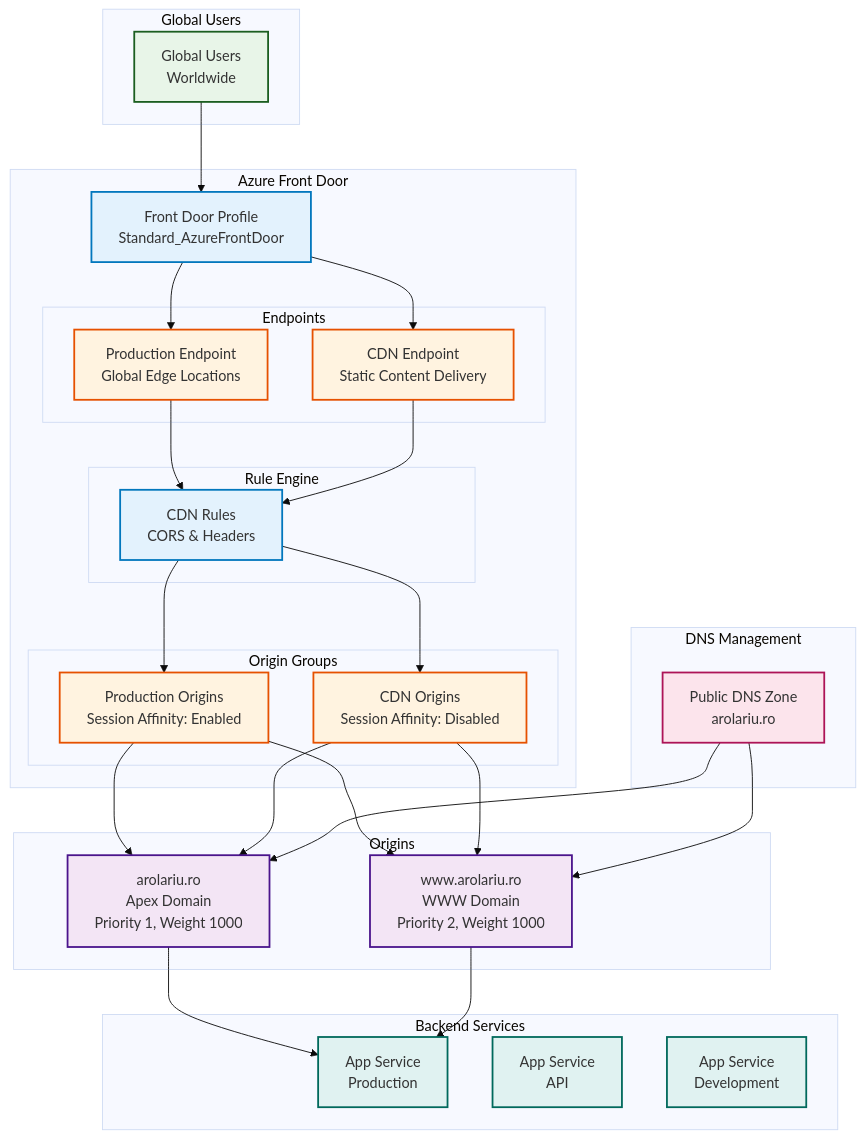
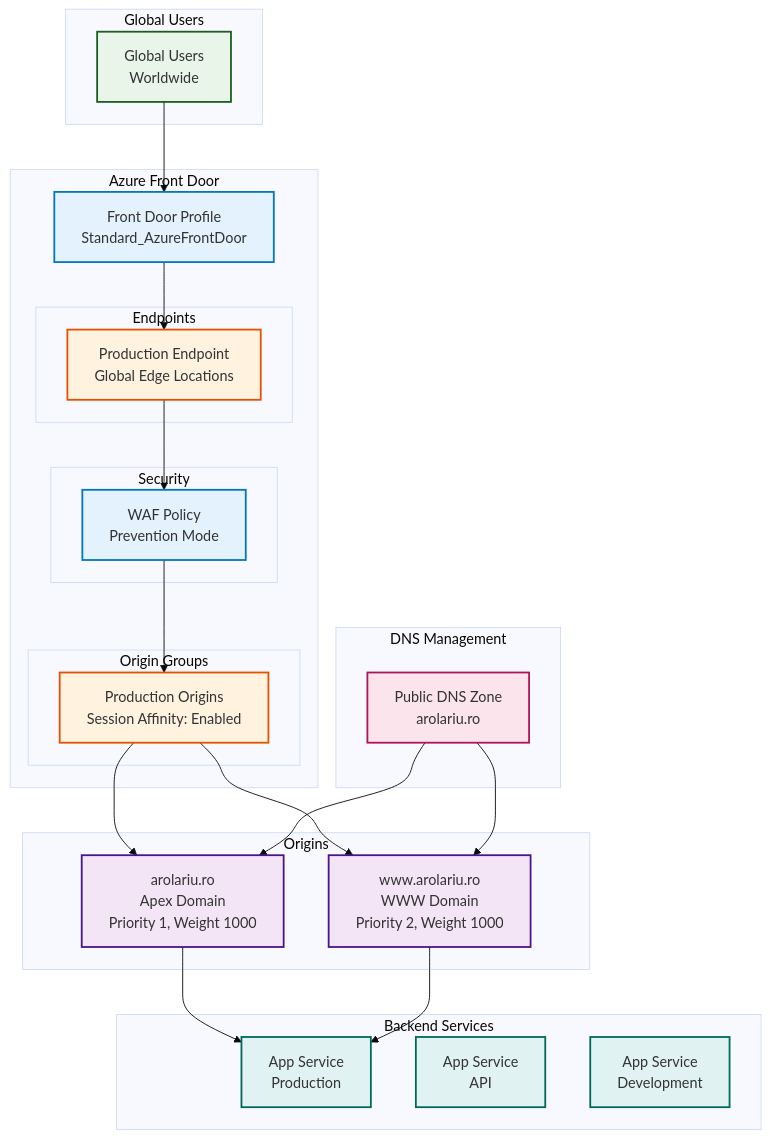
Before and after one commit to arolariu/arolariu.ro: the diagram in infra/Azure/Bicep/network/README.md, drawn with Mermaid (base theme). The commit also changed other lines of this file and 36 other files, not shown here.

First line of the commit message:
refactor: retire the arolariu.ro CDN endpoint, asset prefix, and references

````diff
--- a/infra/Azure/Bicep/network/README.md
+++ b/infra/Azure/Bicep/network/README.md
@@ -38,74 +36,67 @@
 ```mermaid
 graph TB
     subgraph "Global Users"
         USERS[Global Users<br/>Worldwide]
     end
 
     subgraph "Azure Front Door"
         AFD_PROFILE[Front Door Profile<br/>Standard_AzureFrontDoor]
 
         subgraph "Endpoints"
             EP_PROD[Production Endpoint<br/>Global Edge Locations]
-            EP_CDN[CDN Endpoint<br/>Static Content Delivery]
         end
 
-        subgraph "Rule Engine"
-            RULES[CDN Rules<br/>CORS & Headers]
+        subgraph "Security"
+            WAF[WAF Policy<br/>Prevention Mode]
         end
 
         subgraph "Origin Groups"
             OG_PROD[Production Origins<br/>Session Affinity: Enabled]
-            OG_CDN[CDN Origins<br/>Session Affinity: Disabled]
         end
     end
 
     subgraph "Origins"
         APEX[arolariu.ro<br/>Apex Domain<br/>Priority 1, Weight 1000]
         WWW[www.arolariu.ro<br/>WWW Domain<br/>Priority 2, Weight 1000]
     end
 
     subgraph "DNS Management"
         DNS_ZONE[Public DNS Zone<br/>arolariu.ro]
     end
 
     subgraph "Backend Services"
         APP_PROD[App Service<br/>Production]
         APP_API[App Service<br/>API]
         APP_DEV[App Service<br/>Development]
     end
 
     USERS --> AFD_PROFILE
     AFD_PROFILE --> EP_PROD
-    AFD_PROFILE --> EP_CDN
 
-    EP_PROD --> RULES
-    EP_CDN --> RULES
+    EP_PROD --> WAF
 
-    RULES --> OG_PROD
-    RULES --> OG_CDN
+    WAF --> OG_PROD
 
     OG_PROD --> APEX
     OG_PROD --> WWW
-    OG_CDN --> APEX
-    OG_CDN --> WWW
 
     APEX --> APP_PROD
     WWW --> APP_PROD
 
     DNS_ZONE --> APEX
     DNS_ZONE --> WWW
 
     classDef user fill:#e8f5e8,stroke:#1b5e20,stroke-width:2px
     classDef frontdoor fill:#e3f2fd,stroke:#0277bd,stroke-width:2px
     classDef endpoint fill:#fff3e0,stroke:#e65100,stroke-width:2px
     classDef origin fill:#f3e5f5,stroke:#4a148c,stroke-width:2px
     classDef dns fill:#fce4ec,stroke:#ad1457,stroke-width:2px
     classDef backend fill:#e0f2f1,stroke:#00695c,stroke-width:2px
 
     class USERS user
-    class AFD_PROFILE,RULES frontdoor
-    class EP_PROD,EP_CDN,OG_PROD,OG_CDN endpoint
+    class AFD_PROFILE,WAF frontdoor
+    class EP_PROD,OG_PROD endpoint
     class APEX,WWW origin
     class DNS_ZONE dns
     class APP_PROD,APP_API,APP_DEV backend
 ```
````
